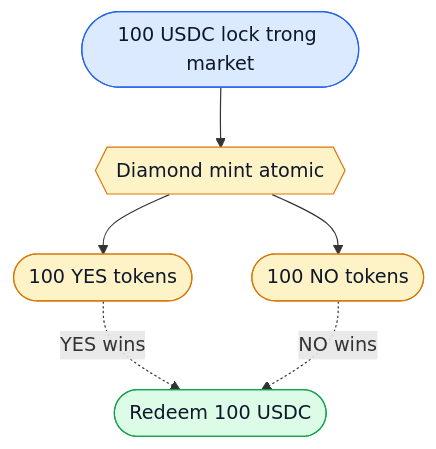
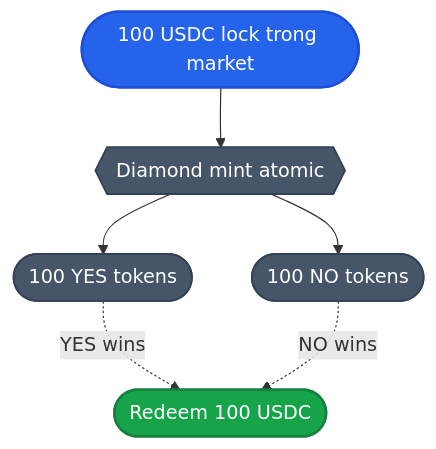
Before and after one commit to PrediX-Protocol/predix-docs: the first of 4 diagrams in vi_v6/khai-niem/outcome-tokens.md, drawn with Mermaid. The commit also changed other lines of this file and 32 other files, not shown here.

First line of the commit message:
docs(vi_v6): redesign Mermaid theme — solid mid-tone palette + dark theme

````diff
--- a/vi_v6/khai-niem/outcome-tokens.md
+++ b/vi_v6/khai-niem/outcome-tokens.md
@@ -19,17 +19,17 @@
 ```mermaid
 flowchart TB
     USDC([100 USDC lock trong market])
     USDC --> Mint
     Mint{{Diamond mint atomic}}
     Mint --> YES([100 YES tokens])
     Mint --> NO([100 NO tokens])
     YES -.->|YES wins| RW([Redeem 100 USDC])
     NO -.->|NO wins| RW
 
-    classDef in fill:#dbeafe,stroke:#2563eb,color:#0f172a
-    classDef tok fill:#fef3c7,stroke:#d97706,color:#0f172a
-    classDef out fill:#dcfce7,stroke:#16a34a,color:#0f172a
+    classDef in fill:#2563eb,stroke:#1d4ed8,color:#fff,stroke-width:2px
+    classDef tok fill:#475569,stroke:#334155,color:#fff,stroke-width:1.5px
+    classDef out fill:#16a34a,stroke:#15803d,color:#fff,stroke-width:2px
     class USDC in
     class YES,NO,Mint tok
     class RW out
 ```
````
